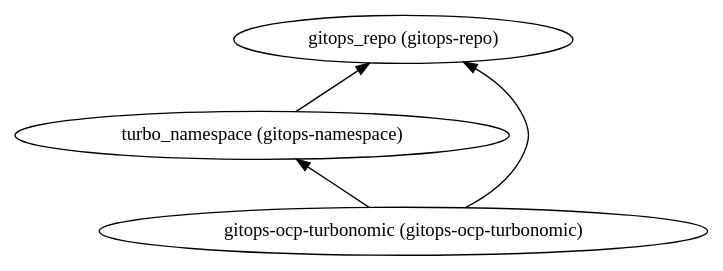
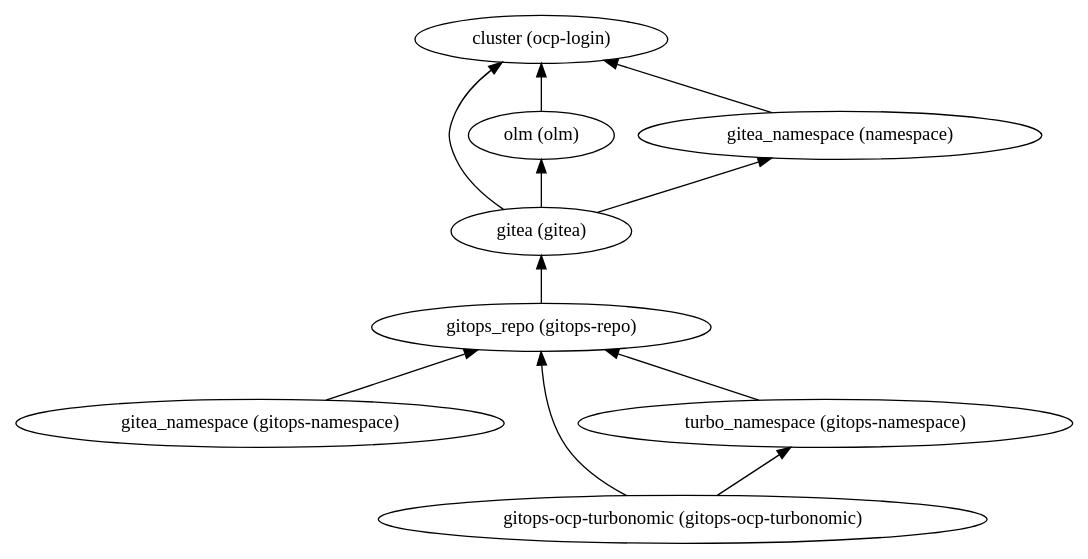
Before and after one commit to IBM/automation-turbonomic: the diagram in 250-turbonomic-multicloud/dependencies.dot, drawn with Graphviz. The commit also changed 34 other files, not shown here.

```diff
--- a/250-turbonomic-multicloud/dependencies.dot
+++ b/250-turbonomic-multicloud/dependencies.dot
@@ -1,9 +1,21 @@
 digraph {
     rankdir="BT"
-    "turbo_namespace (gitops-namespace)" -> "gitops_repo (gitops-repo)"
+    "gitea (gitea)" -> "cluster (ocp-login)"
+"gitea (gitea)" -> "olm (olm)"
+"gitea (gitea)" -> "gitea_namespace (namespace)"
+"gitea (gitea)"
+"cluster (ocp-login)"
+"olm (olm)" -> "cluster (ocp-login)"
+"olm (olm)"
+"gitea_namespace (namespace)" -> "cluster (ocp-login)"
+"gitea_namespace (namespace)"
+"gitea_namespace (gitops-namespace)" -> "gitops_repo (gitops-repo)"
+"gitea_namespace (gitops-namespace)"
+"gitops_repo (gitops-repo)" -> "gitea (gitea)"
+"gitops_repo (gitops-repo)"
+"turbo_namespace (gitops-namespace)" -> "gitops_repo (gitops-repo)"
 "turbo_namespace (gitops-namespace)"
-"gitops_repo (gitops-repo)"
 "gitops-ocp-turbonomic (gitops-ocp-turbonomic)" -> "gitops_repo (gitops-repo)"
 "gitops-ocp-turbonomic (gitops-ocp-turbonomic)" -> "turbo_namespace (gitops-namespace)"
 "gitops-ocp-turbonomic (gitops-ocp-turbonomic)"
   }
```
